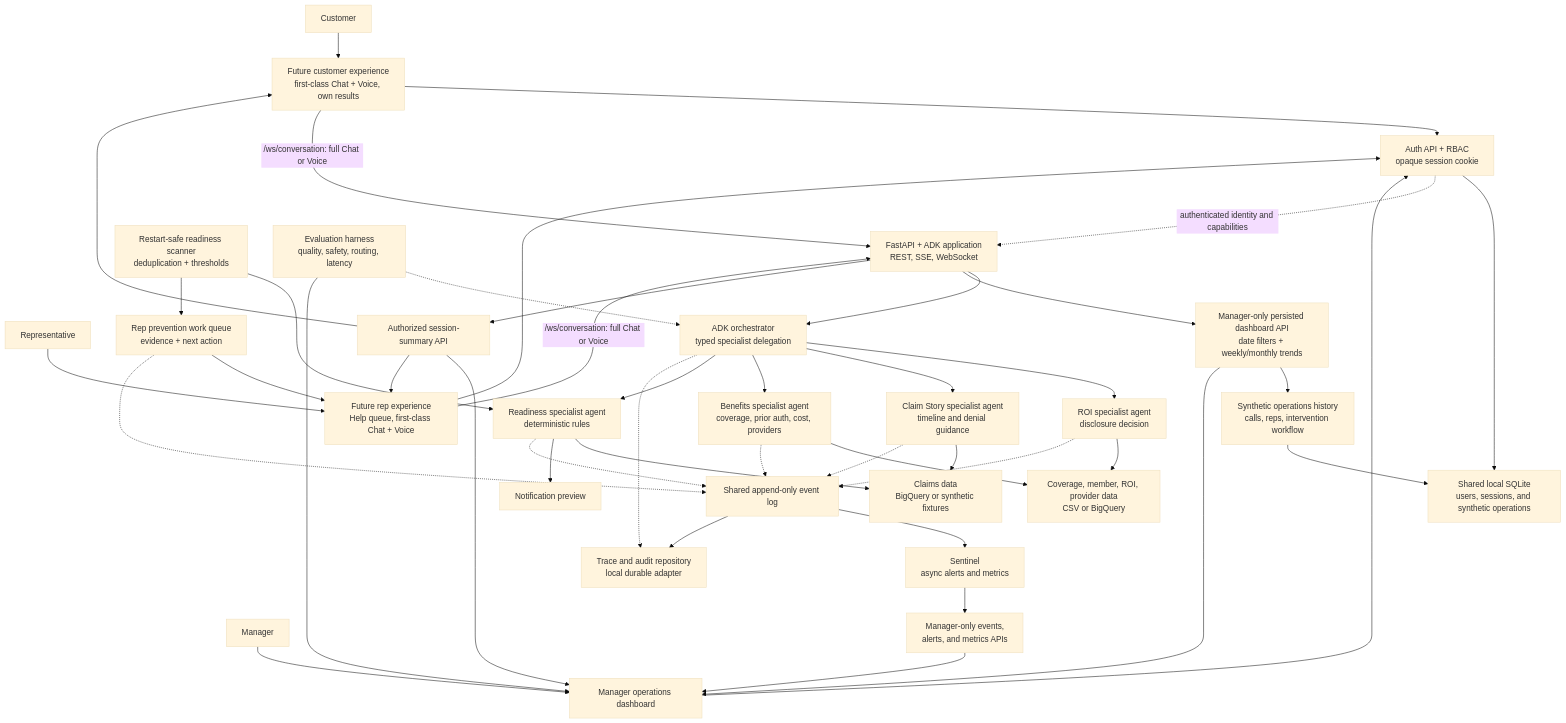
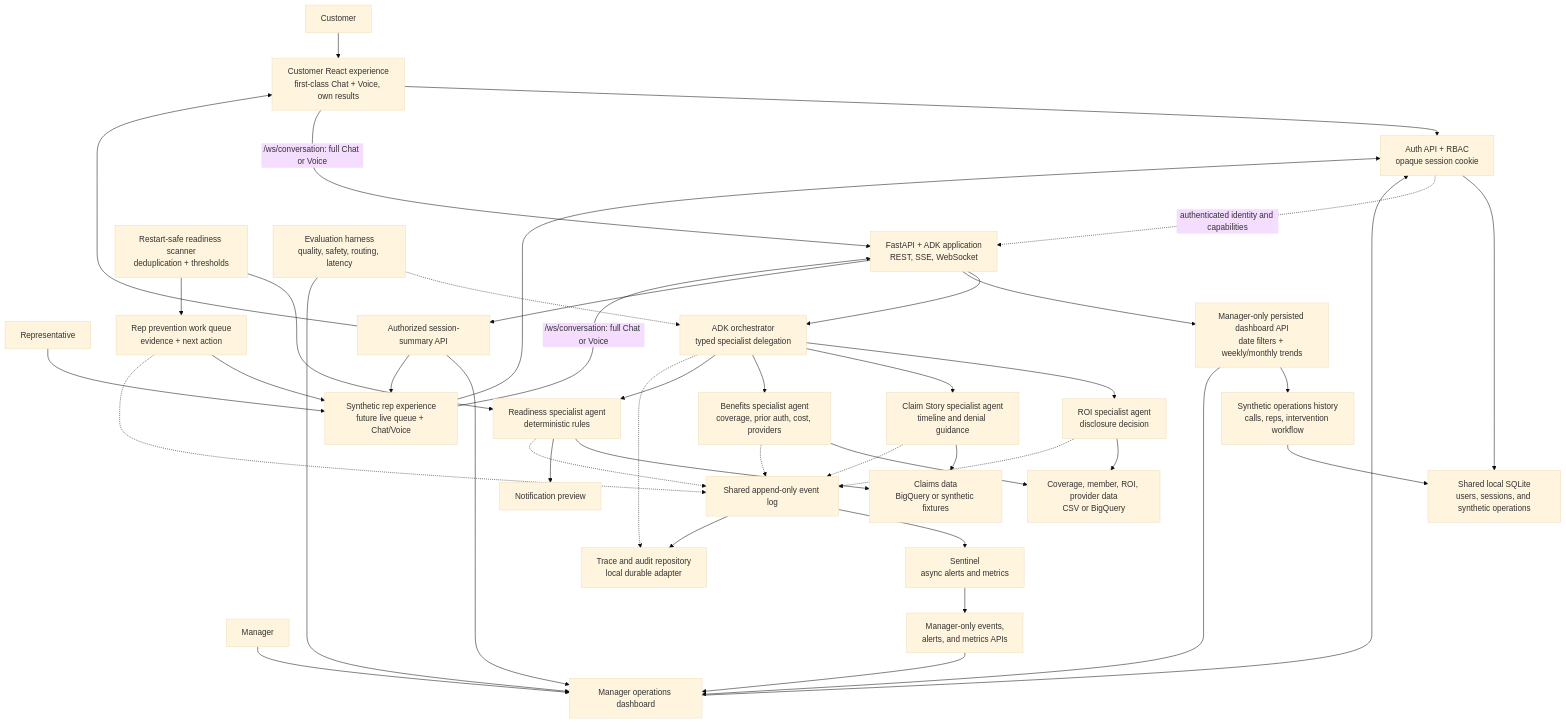
One commit to zhangdaniel62/humana-hackathon-2026 changed the diagram in assets/docs/overall_plan.md. Above: the diagram before and after it, drawn with Mermaid (base theme). The commit also changed other lines of this file, not shown here.

````diff
--- a/assets/docs/overall_plan.md
+++ b/assets/docs/overall_plan.md
@@ -171,74 +173,74 @@
 ```mermaid
 flowchart TD
     Customer["Customer"]
     Rep["Representative"]
     Manager["Manager"]
-    CustomerUI["Future customer experience<br/>first-class Chat + Voice, own results"]
-    RepUI["Future rep experience<br/>Help queue, first-class Chat + Voice"]
+    CustomerUI["Customer React experience<br/>first-class Chat + Voice, own results"]
+    RepUI["Synthetic rep experience<br/>future live queue + Chat/Voice"]
     ManagerUI["Manager operations dashboard"]
     Auth["Auth API + RBAC<br/>opaque session cookie"]
     AuthDB["Shared local SQLite<br/>users, sessions, and synthetic operations"]
     API["FastAPI + ADK application<br/>REST, SSE, WebSocket"]
     Orchestrator["ADK orchestrator<br/>typed specialist delegation"]
     ROI["ROI specialist agent<br/>disclosure decision"]
     Claim["Claim Story specialist agent<br/>timeline and denial guidance"]
     Benefits["Benefits specialist agent<br/>coverage, prior auth, cost, providers"]
     Readiness["Readiness specialist agent<br/>deterministic rules"]
     Preview["Notification preview"]
     ClaimsData["Claims data<br/>BigQuery or synthetic fixtures"]
     BenefitsData["Coverage, member, ROI, provider data<br/>CSV or BigQuery"]
     EventLog["Shared append-only event log"]
     Sentinel["Sentinel<br/>async alerts and metrics"]
     ManagerAPI["Manager-only events,<br/>alerts, and metrics APIs"]
     DashboardAPI["Manager-only persisted dashboard API<br/>date filters + weekly/monthly trends"]
     OperationsStore["Synthetic operations history<br/>calls, reps, intervention workflow"]
     SummaryAPI["Authorized session-summary API"]
     Scanner["Restart-safe readiness scanner<br/>deduplication + thresholds"]
     WorkQueue["Rep prevention work queue<br/>evidence + next action"]
     Evaluation["Evaluation harness<br/>quality, safety, routing, latency"]
     TraceStore["Trace and audit repository<br/>local durable adapter"]
 
     Customer --> CustomerUI
     Rep --> RepUI
     Manager --> ManagerUI
     CustomerUI --> Auth
     RepUI --> Auth
     ManagerUI --> Auth
     Auth --> AuthDB
     Auth -.->|"authenticated identity and capabilities"| API
     CustomerUI -->|"/ws/conversation: full Chat or Voice"| API
     RepUI -->|"/ws/conversation: full Chat or Voice"| API
     API --> Orchestrator
     Orchestrator --> ROI
     Orchestrator --> Claim
     Orchestrator --> Benefits
     Orchestrator --> Readiness
     Claim --> ClaimsData
     Readiness --> ClaimsData
     Benefits --> BenefitsData
     ROI --> BenefitsData
     Readiness --> Preview
     Scanner --> Readiness
     Scanner --> WorkQueue
     WorkQueue --> RepUI
     WorkQueue -.-> EventLog
     ROI -.-> EventLog
     Claim -.-> EventLog
     Benefits -.-> EventLog
     Readiness -.-> EventLog
     EventLog --> Sentinel
     Sentinel --> ManagerAPI
     ManagerAPI --> ManagerUI
     API --> DashboardAPI
     DashboardAPI --> OperationsStore
     OperationsStore --> AuthDB
     DashboardAPI --> ManagerUI
     API --> SummaryAPI
     SummaryAPI --> ManagerUI
     SummaryAPI --> RepUI
     SummaryAPI --> CustomerUI
     Orchestrator -.-> TraceStore
     EventLog --> TraceStore
     Evaluation -.-> Orchestrator
     Evaluation --> ManagerUI
 ```
````
